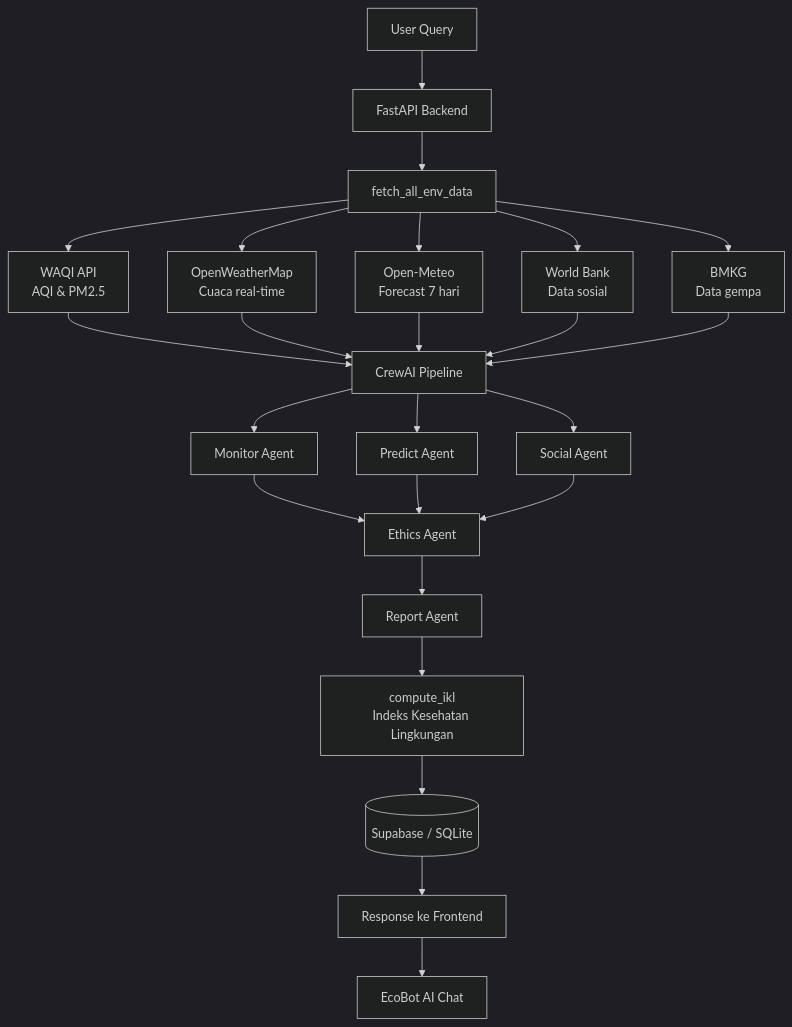
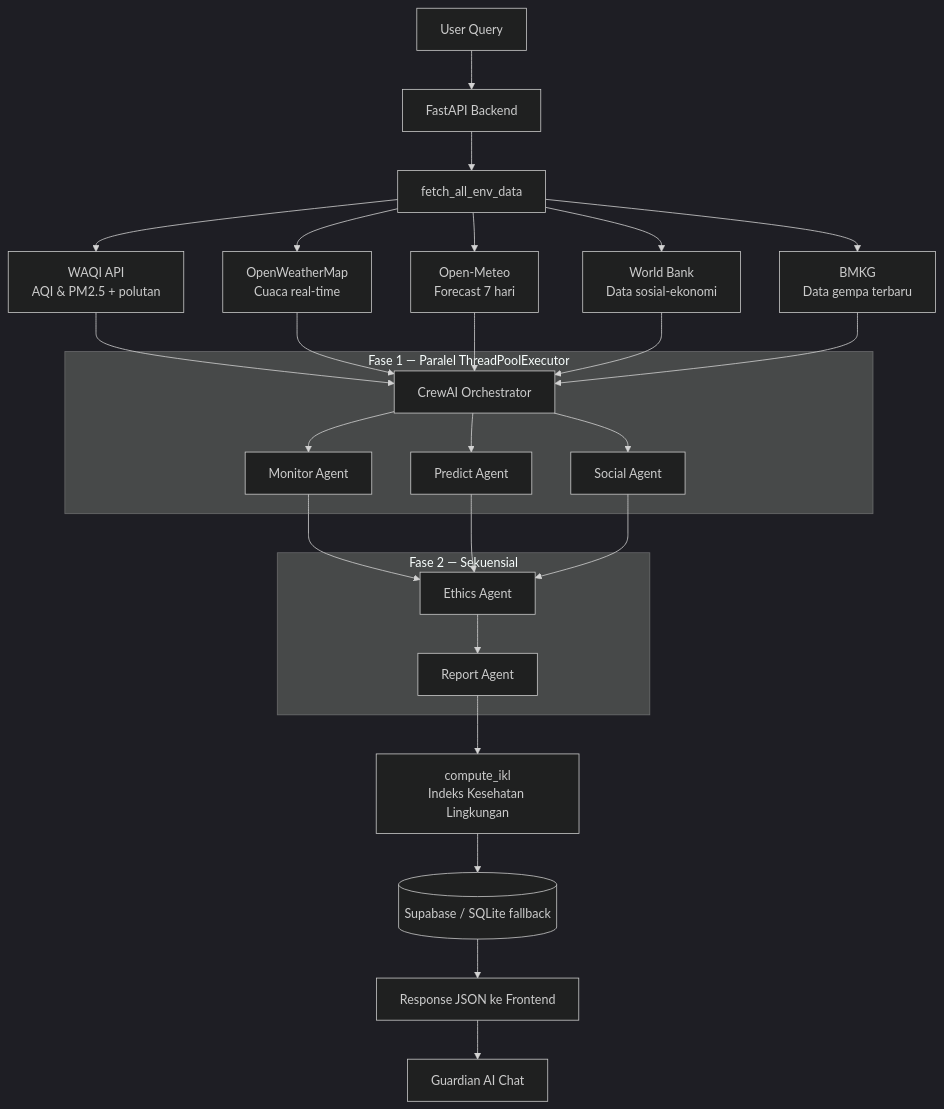
Before and after one commit to caseyshalom/EverGreen-AI: the diagram in README.md, drawn with Mermaid (dark theme). The commit also changed other lines of this file, not shown here.

````diff
--- a/README.md
+++ b/README.md
@@ -23,25 +32,29 @@
 ```mermaid
 flowchart TD
     A[User Query] --> B[FastAPI Backend]
     B --> C[fetch_all_env_data]
 
-    C --> C1[WAQI API\nAQI & PM2.5]
+    C --> C1[WAQI API\nAQI & PM2.5 + polutan]
     C --> C2[OpenWeatherMap\nCuaca real-time]
     C --> C3[Open-Meteo\nForecast 7 hari]
-    C --> C4[World Bank\nData sosial]
-    C --> C5[BMKG\nData gempa]
+    C --> C4[World Bank\nData sosial-ekonomi]
+    C --> C5[BMKG\nData gempa terbaru]
 
-    C1 & C2 & C3 & C4 & C5 --> D[CrewAI Pipeline]
+    C1 & C2 & C3 & C4 & C5 --> D[CrewAI Orchestrator]
 
-    D --> E1[Monitor Agent]
-    D --> E2[Predict Agent]
-    D --> E3[Social Agent]
+    subgraph Fase1 [Fase 1 — Paralel ThreadPoolExecutor]
+        D --> E1[Monitor Agent]
+        D --> E2[Predict Agent]
+        D --> E3[Social Agent]
+    end
 
-    E1 & E2 & E3 --> E4[Ethics Agent]
-    E4 --> E5[Report Agent]
+    subgraph Fase2 [Fase 2 — Sekuensial]
+        E1 & E2 & E3 --> E4[Ethics Agent]
+        E4 --> E5[Report Agent]
+    end
 
     E5 --> F[compute_ikl\nIndeks Kesehatan Lingkungan]
-    F --> G[(Supabase / SQLite)]
-    G --> H[Response ke Frontend]
-    H --> I[EcoBot AI Chat]
+    F --> G[(Supabase / SQLite fallback)]
+    G --> H[Response JSON ke Frontend]
+    H --> I[Guardian AI Chat]
 ```
````
